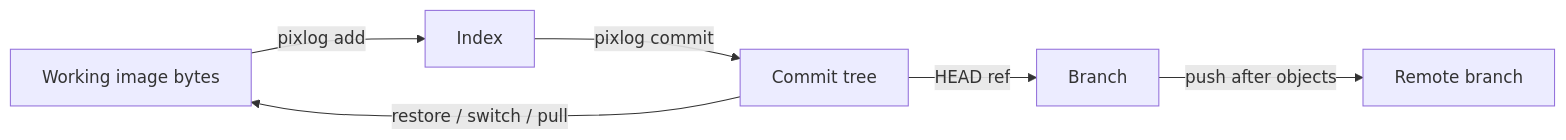
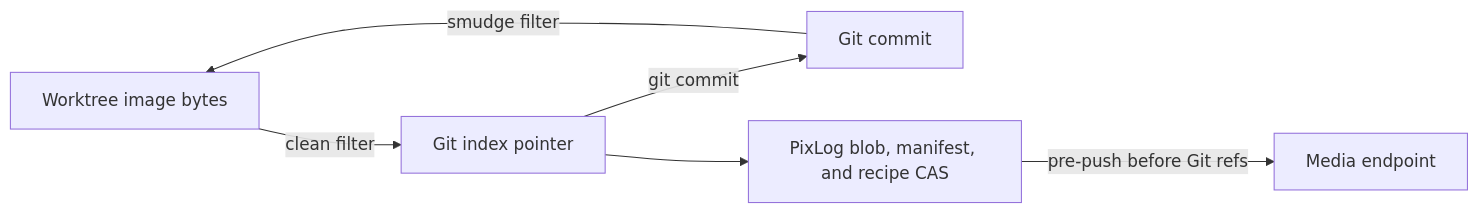
One commit to zhao-xuan/PixLog changed the diagram in docs/ARCHITECTURE.md. Above: the diagram before and after it, drawn with Mermaid. The commit also changed other lines of this file and 45 other files, not shown here.

````diff
--- a/docs/ARCHITECTURE.md
+++ b/docs/ARCHITECTURE.md
@@ -37,8 +23,8 @@
 ```mermaid
 flowchart LR
-    W[Working image bytes] -->|pixlog add| I[Index]
-    I -->|pixlog commit| C[Commit tree]
-    C -->|restore / switch / pull| W
-    C -->|HEAD ref| B[Branch]
-    B -->|push after objects| R[Remote branch]
+  W[Worktree image bytes] -->|clean filter| I[Git index pointer]
+  I -->|git commit| C[Git commit]
+  C -->|smudge filter| W
+  I --> O[PixLog blob, manifest, and recipe CAS]
+  O -->|pre-push before Git refs| R[Media endpoint]
 ```
````
